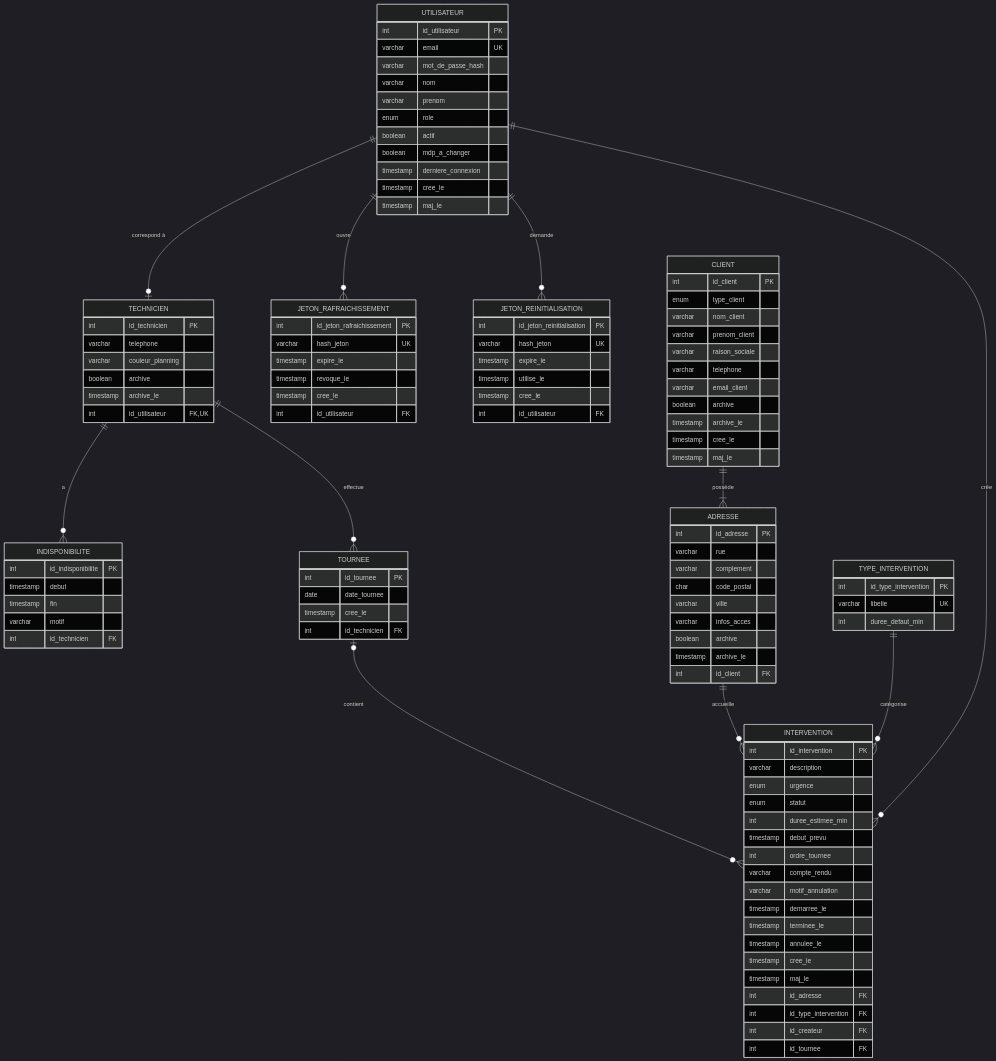
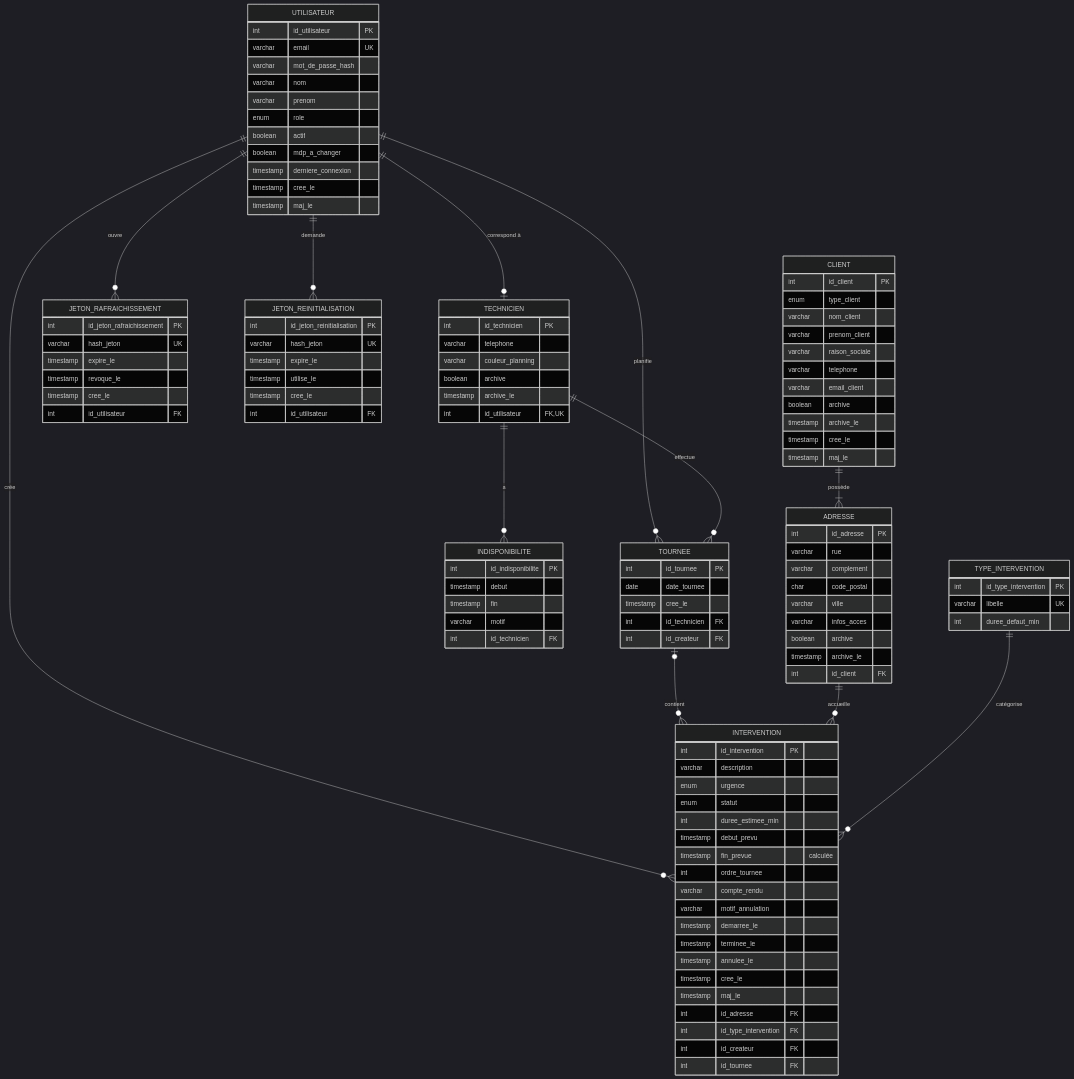
One commit to Falkor555/plumbly-msp2 changed the second of 2 diagrams in docs/modele-donnees.md. Above: the diagram before and after it, drawn with Mermaid (dark theme). The commit also changed other lines of this file and 2 other files, not shown here.

```diff
--- a/docs/modele-donnees.md
+++ b/docs/modele-donnees.md
@@ -207,6 +213,7 @@
     UTILISATEUR ||--o{ JETON_RAFRAICHISSEMENT : "ouvre"
     UTILISATEUR ||--o{ JETON_REINITIALISATION : "demande"
     UTILISATEUR ||--o{ INTERVENTION : "crée"
+    UTILISATEUR ||--o{ TOURNEE : "planifie"
     TECHNICIEN ||--o{ INDISPONIBILITE : "a"
     TECHNICIEN ||--o{ TOURNEE : "effectue"
     TOURNEE |o--o{ INTERVENTION : "contient"
@@ -292,6 +299,7 @@
         date date_tournee
         timestamp cree_le
         int id_technicien FK
+        int id_createur FK
     }
     INTERVENTION {
         int id_intervention PK
@@ -300,6 +308,7 @@
         enum statut
         int duree_estimee_min
         timestamp debut_prevu
+        timestamp fin_prevue "calculée"
         int ordre_tournee
         varchar compte_rendu
         varchar motif_annulation
```
